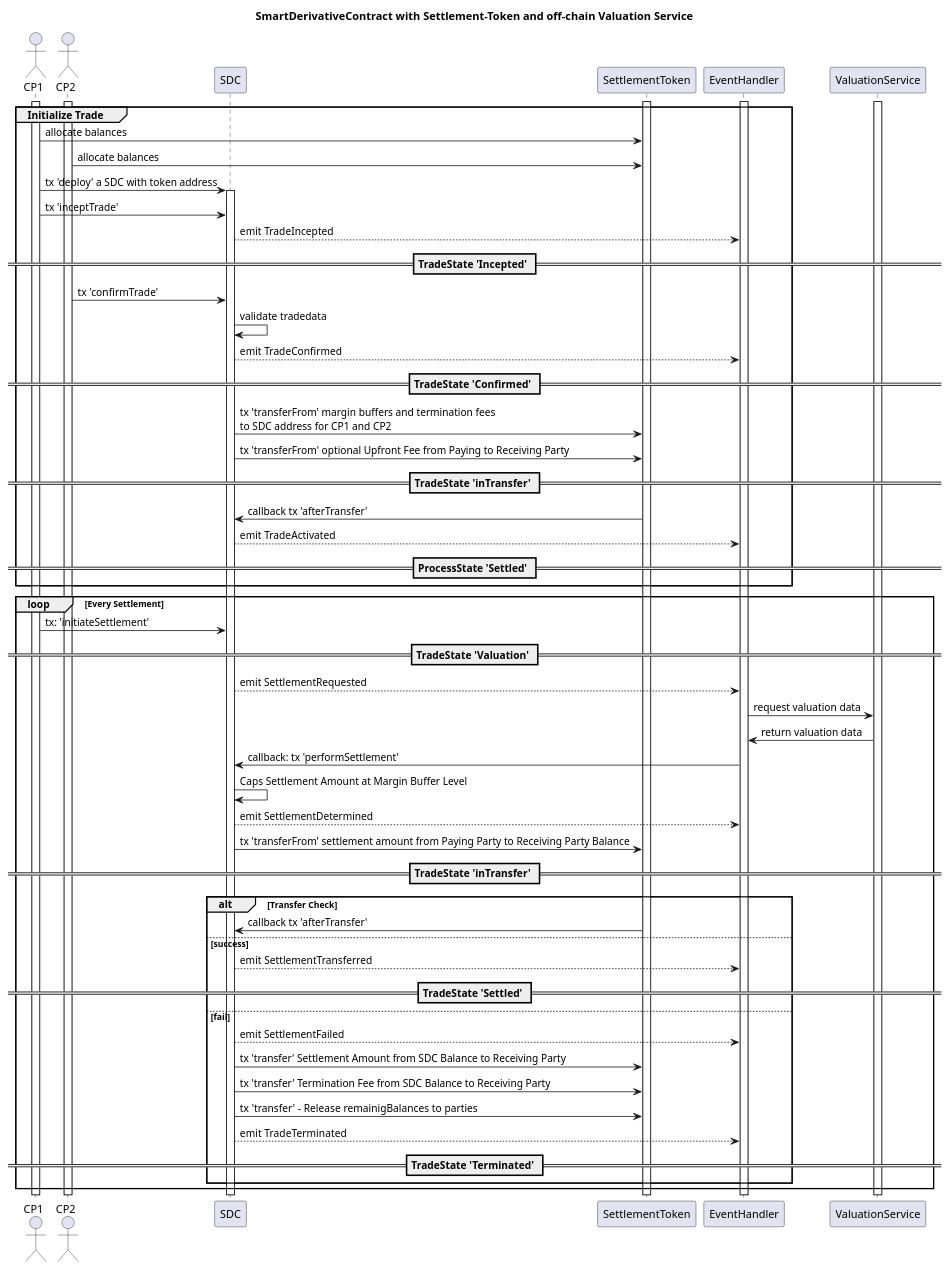
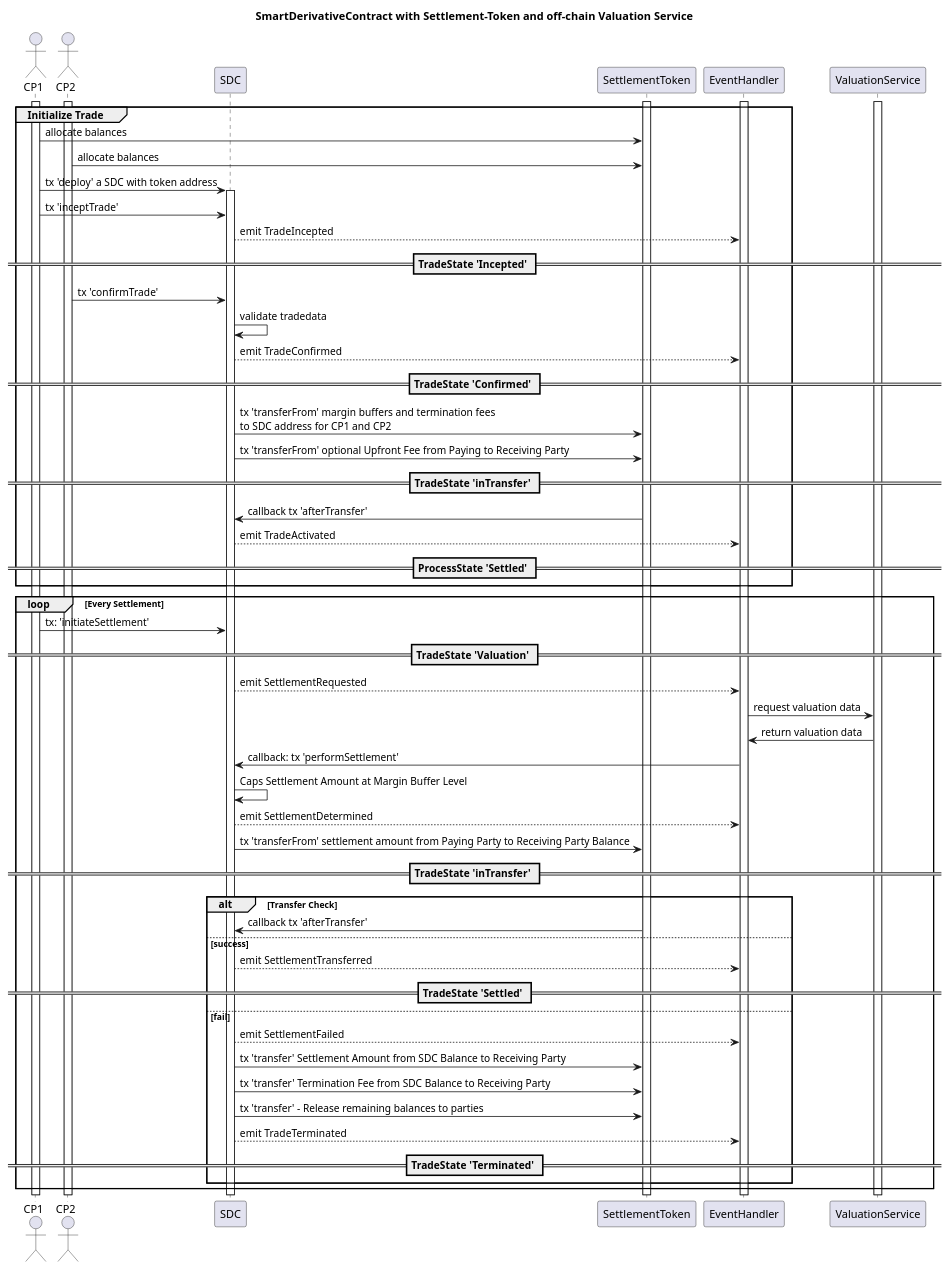
Before and after one commit to ethereum/ERCs: the diagram in assets/erc-6123/doc/sequence.puml, drawn with PlantUML. The commit also changed 1 other file, not shown here.

```diff
--- a/assets/erc-6123/doc/sequence.puml
+++ b/assets/erc-6123/doc/sequence.puml
@@ -1,89 +1,89 @@
 @startuml
 'https://plantuml.com/sequence-diagram
 title SmartDerivativeContract with Settlement-Token and off-chain Valuation Service
 
 	actor CP1
 	actor CP2
 
 	participant SDC
 
     participant SettlementToken
 
 	participant EventHandler
 	participant ValuationService
 
 activate EventHandler
 activate SettlementToken
 activate ValuationService
 
 activate CP1
 activate CP2
 
 group Initialize Trade
 CP1 ->SettlementToken: allocate balances
 CP2 ->SettlementToken: allocate balances
 CP1 ->SDC: tx 'deploy' a SDC with token address
 activate SDC
 CP1 ->SDC:                 tx 'inceptTrade'
 
 SDC-->EventHandler: emit TradeIncepted
 == TradeState 'Incepted' ==
 
     CP2->SDC: tx 'confirmTrade'
     SDC->SDC: validate tradedata
 
     SDC-->EventHandler: emit TradeConfirmed
 
 == TradeState 'Confirmed' ==
 
     SDC -> SettlementToken: tx 'transferFrom' margin buffers and termination fees\nto SDC address for CP1 and CP2
     SDC -> SettlementToken: tx 'transferFrom' optional Upfront Fee from Paying to Receiving Party
 
 ==  TradeState 'inTransfer' ==
 
     SettlementToken->SDC: callback tx 'afterTransfer'
 
     SDC-->EventHandler: emit TradeActivated
 
 ==ProcessState 'Settled' ==
 
 end
 
 loop Every Settlement
 
 
 CP1->SDC: tx: 'initiateSettlement'
 
 == TradeState 'Valuation' ==
 SDC-->EventHandler:emit SettlementRequested
 
 EventHandler->ValuationService: request valuation data
 ValuationService->EventHandler: return valuation data
 EventHandler->SDC: callback: tx 'performSettlement'
 SDC->SDC:Caps Settlement Amount at Margin Buffer Level
 
 SDC-->EventHandler: emit SettlementDetermined
 
 SDC->SettlementToken: tx 'transferFrom' settlement amount from Paying Party to Receiving Party Balance
 == TradeState 'inTransfer' ==
 
 alt Transfer Check
 	SettlementToken->SDC: callback tx 'afterTransfer'
 else success
     SDC-->EventHandler: emit SettlementTransferred
 == TradeState 'Settled' ==
 else fail
     SDC-->EventHandler: emit SettlementFailed
 
 	SDC->SettlementToken: tx 'transfer' Settlement Amount from SDC Balance to Receiving Party
 	SDC->SettlementToken: tx 'transfer' Termination Fee from SDC Balance to Receiving Party
-    SDC->SettlementToken: tx 'transfer' - Release  remainigBalances to parties
+    SDC->SettlementToken: tx 'transfer' - Release remaining balances to parties
 
     SDC-->EventHandler: emit TradeTerminated
 == TradeState 'Terminated' ==
 end
 
 
 end
 
 @enduml
```
